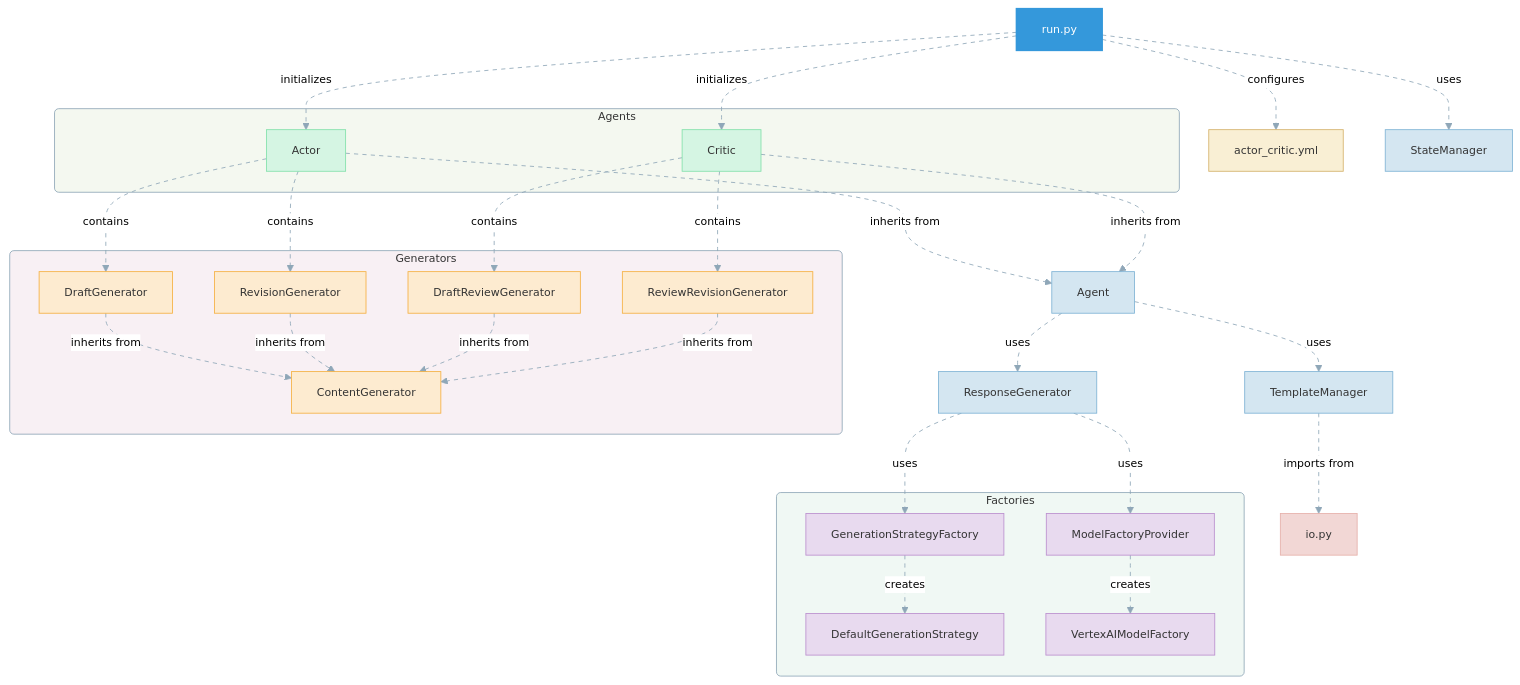
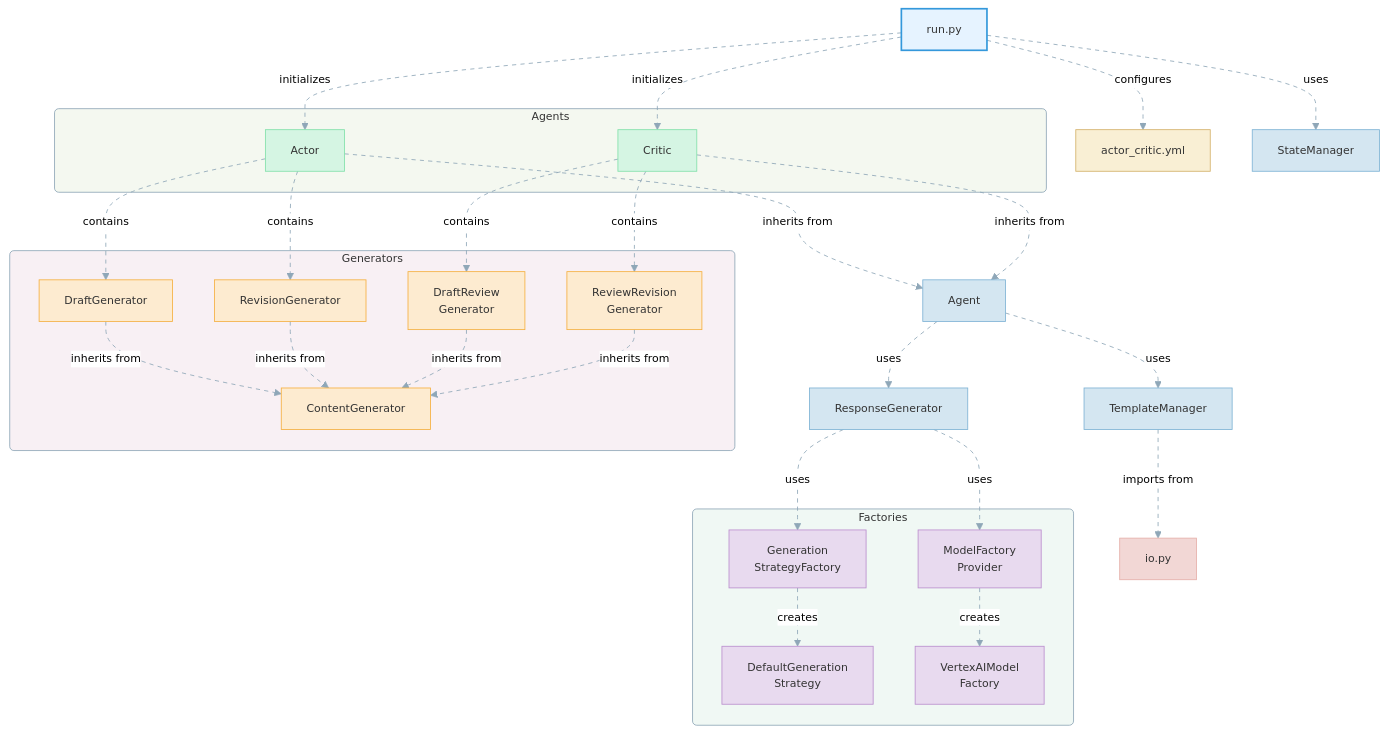
The diagram in img/patterns/actor_critic.mmd (achimdehnert/Agentic-Workflow-Patterns), drawn with Mermaid before and after one commit.

```diff
--- a/img/patterns/actor_critic.mmd
+++ b/img/patterns/actor_critic.mmd
@@ -1,87 +1,87 @@
 %%{init: {
   'theme': 'neutral',
   'themeVariables': {
     'primaryColor': '#f0f4f8',
     'primaryTextColor': '#333',
     'primaryBorderColor': '#8fa7b8',
     'lineColor': '#8fa7b8',
     'secondaryColor': '#f8f0f4',
     'tertiaryColor': '#f4f8f0',
     'fontFamily': 'Trebuchet MS, Arial, sans-serif',
     'fontSize': '13px'
   }
 }}%%
 
 graph TD
     classDef default fill:#fff,stroke:#8fa7b8,stroke-width:1px;
-    classDef entrypoint fill:#3498db,color:#fff,stroke:#3498db,stroke-width:2px;
+    classDef entrypoint fill:#e6f3ff,color:#333,stroke:#3498db,stroke-width:2px;
     classDef config fill:#f9efd4,color:#333,stroke:#d4b26a;
     classDef core fill:#d4e6f1,color:#333,stroke:#7fb3d5;
     classDef agent fill:#d5f5e3,color:#333,stroke:#82e0aa;
     classDef generator fill:#fdebd0,color:#333,stroke:#f5b041;
     classDef factory fill:#e8daef,color:#333,stroke:#bb8fce;
     classDef strategy fill:#d6eaf8,color:#333,stroke:#85c1e9;
     classDef util fill:#f2d7d5,color:#333,stroke:#e6b0aa;
 
     A[run.py] --> |configures| B[actor_critic.yml]
     A --> |uses| C[StateManager]
     A --> |initializes| D[Actor]
     A --> |initializes| E[Critic]
     
     D --> |inherits from| F[Agent]
     E --> |inherits from| F
     
     F --> |uses| G[TemplateManager]
     F --> |uses| H[ResponseGenerator]
     
     G --> |imports from| I[io.py]
-    H --> |uses| J[GenerationStrategyFactory]
-    H --> |uses| K[ModelFactoryProvider]
+    H --> |uses| J[Generation<br>StrategyFactory]
+    H --> |uses| K[ModelFactory<br>Provider]
     
-    J --> |creates| L[DefaultGenerationStrategy]
-    K --> |creates| M[VertexAIModelFactory]
+    J --> |creates| L[DefaultGeneration<br>Strategy]
+    K --> |creates| M[VertexAIModel<br>Factory]
     
     D --> |contains| N[DraftGenerator]
     D --> |contains| O[RevisionGenerator]
     
-    E --> |contains| P[DraftReviewGenerator]
-    E --> |contains| Q[ReviewRevisionGenerator]
+    E --> |contains| P[DraftReview<br>Generator]
+    E --> |contains| Q[ReviewRevision<br>Generator]
     
     N --> |inherits from| R[ContentGenerator]
     O --> |inherits from| R
     P --> |inherits from| R
     Q --> |inherits from| R
 
     class A entrypoint;
     class B config;
     class C,F,G,H core;
     class D,E agent;
     class I util;
     class J,K,L,M factory;
     class N,O,P,Q,R generator;
 
     linkStyle default stroke:#8fa7b8,stroke-width:1px,stroke-dasharray: 5 5;
 
     subgraph Agents
         D
         E
     end
 
     subgraph Generators
         N
         O
         P
         Q
         R
     end
 
     subgraph Factories
         J
         K
         L
         M
     end
 
     style Agents fill:#f4f8f0,stroke:#8fa7b8,stroke-width:1px,rx:5,ry:5;
     style Generators fill:#f8f0f4,stroke:#8fa7b8,stroke-width:1px,rx:5,ry:5;
     style Factories fill:#f0f8f4,stroke:#8fa7b8,stroke-width:1px,rx:5,ry:5;
```
